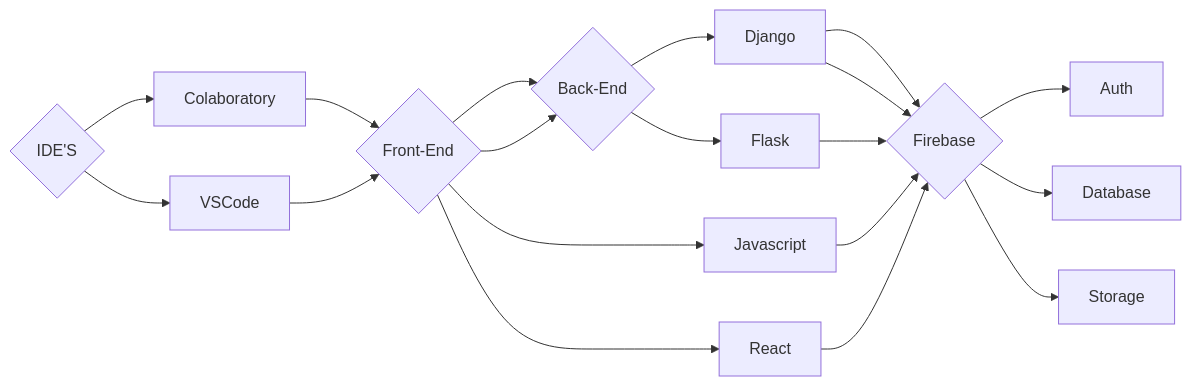
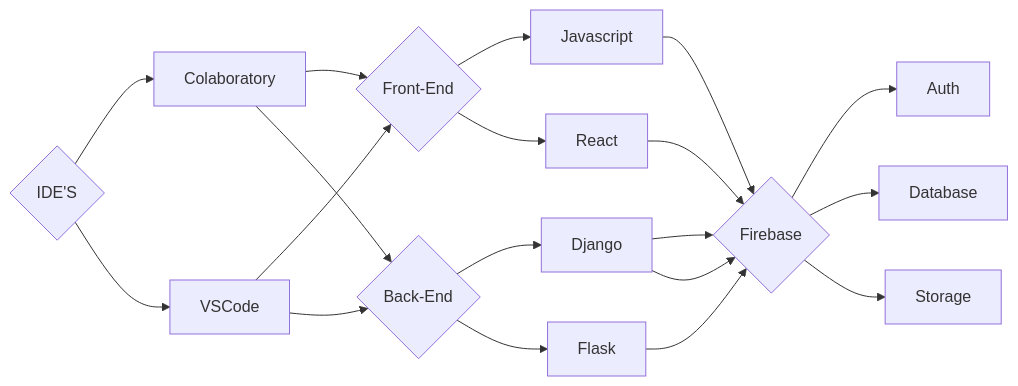
Before and after one commit to SauloCandeira/SauloCandeira: the first of 2 diagrams in README.md, drawn with Mermaid.

````diff
--- a/README.md
+++ b/README.md
@@ -60,22 +60,24 @@
 ```mermaid
 flowchart LR
 
-K[Colaboratory] --> A{Front-End} --> B{Back-End}
-L[VSCode] --> A{Front-End} --> B{Back-End}
+K[Colaboratory] --> A{Front-End} 
+K --> B{Back-End}
+L[VSCode] --> A{Front-End} 
+L --> B{Back-End}
 
 G[Django] --> C{Firebase}
 
 Z{IDE'S} --> K[Colaboratory]
 Z  --> L
 
 A{Front-End} --> I[Javascript] --> C{Firebase}
 A{Front-End} --> J[React] --> C{Firebase}
 
 B{Back-End} --> G[Django] --> C{Firebase}
 B{Back-End} --> H[Flask] --> C{Firebase}
 
 
 C --> D[Auth]
 C --> E[Database]
 C --> F[Storage]
 ```
````
